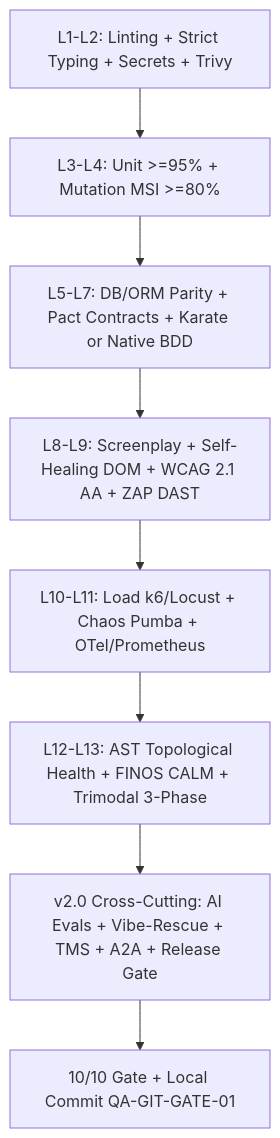
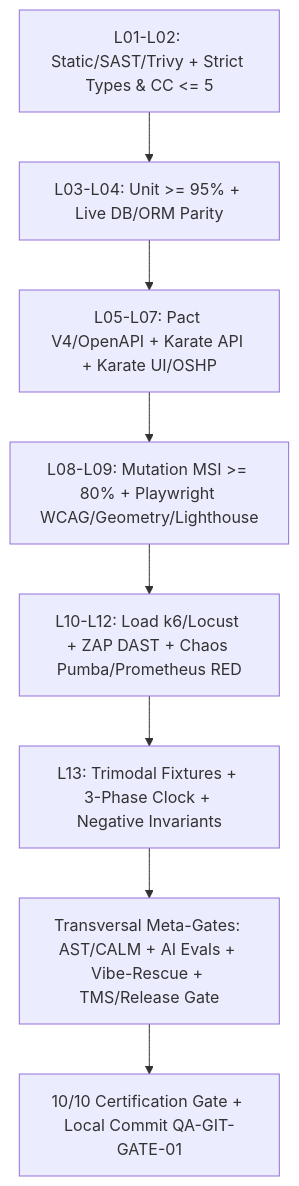
The diagram in docs/01_ARQUITECTURA_PIRAMIDE_11X.md (tecno-consultores/qa-testing-blueprints), drawn with Mermaid before and after one commit. The commit also changed other lines of this file and 304 other files, not shown here.

````diff
--- a/docs/01_ARQUITECTURA_PIRAMIDE_11X.md
+++ b/docs/01_ARQUITECTURA_PIRAMIDE_11X.md
@@ -31,10 +31,10 @@
 ```mermaid
 flowchart TD
-    L01["L1-L2: Linting + Strict Typing + Secrets + Trivy"] --> L03["L3-L4: Unit >=95% + Mutation MSI >=80%"]
-    L03 --> L05["L5-L7: DB/ORM Parity + Pact Contracts + Karate or Native BDD"]
-    L05 --> L08["L8-L9: Screenplay + Self-Healing DOM + WCAG 2.1 AA + ZAP DAST"]
-    L08 --> L10["L10-L11: Load k6/Locust + Chaos Pumba + OTel/Prometheus"]
-    L10 --> L12["L12-L13: AST Topological Health + FINOS CALM + Trimodal 3-Phase"]
-    L12 --> Transversal["v2.0 Cross-Cutting: AI Evals + Vibe-Rescue + TMS + A2A + Release Gate"]
-    Transversal --> Closure["10/10 Gate + Local Commit QA-GIT-GATE-01"]
+    L01["L01-L02: Static/SAST/Trivy + Strict Types & CC <= 5"] --> L03["L03-L04: Unit >= 95% + Live DB/ORM Parity"]
+    L03 --> L05["L05-L07: Pact V4/OpenAPI + Karate API + Karate UI/OSHP"]
+    L05 --> L08["L08-L09: Mutation MSI >= 80% + Playwright WCAG/Geometry/Lighthouse"]
+    L08 --> L10["L10-L12: Load k6/Locust + ZAP DAST + Chaos Pumba/Prometheus RED"]
+    L10 --> L13["L13: Trimodal Fixtures + 3-Phase Clock + Negative Invariants"]
+    L13 --> Transversal["Transversal Meta-Gates: AST/CALM + AI Evals + Vibe-Rescue + TMS/Release Gate"]
+    Transversal --> Closure["10/10 Certification Gate + Local Commit QA-GIT-GATE-01"]
 ```
````
